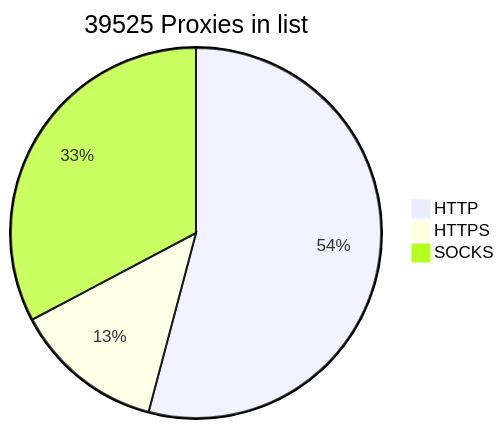
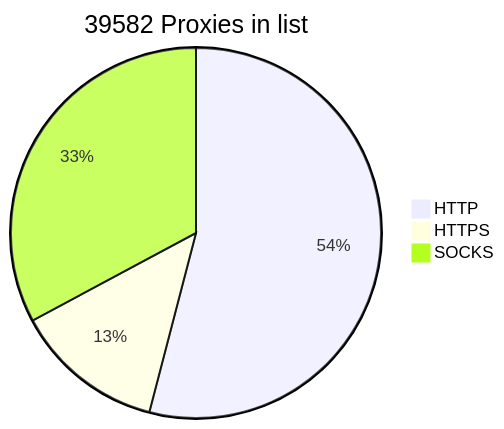
Before and after one commit to BlackSnowDot/proxylist-update-every-minute: the diagram in README.md, drawn with Mermaid.

````diff
--- a/README.md
+++ b/README.md
@@ -2,6 +2,6 @@
 ```mermaid
-pie title 39525 Proxies in list
-    "HTTP" : 23714
+pie title 39582 Proxies in list
+    "HTTP" : 23716
     "HTTPS": 5755
-    "SOCKS" : 14347
+    "SOCKS" : 14402
 ```
````
